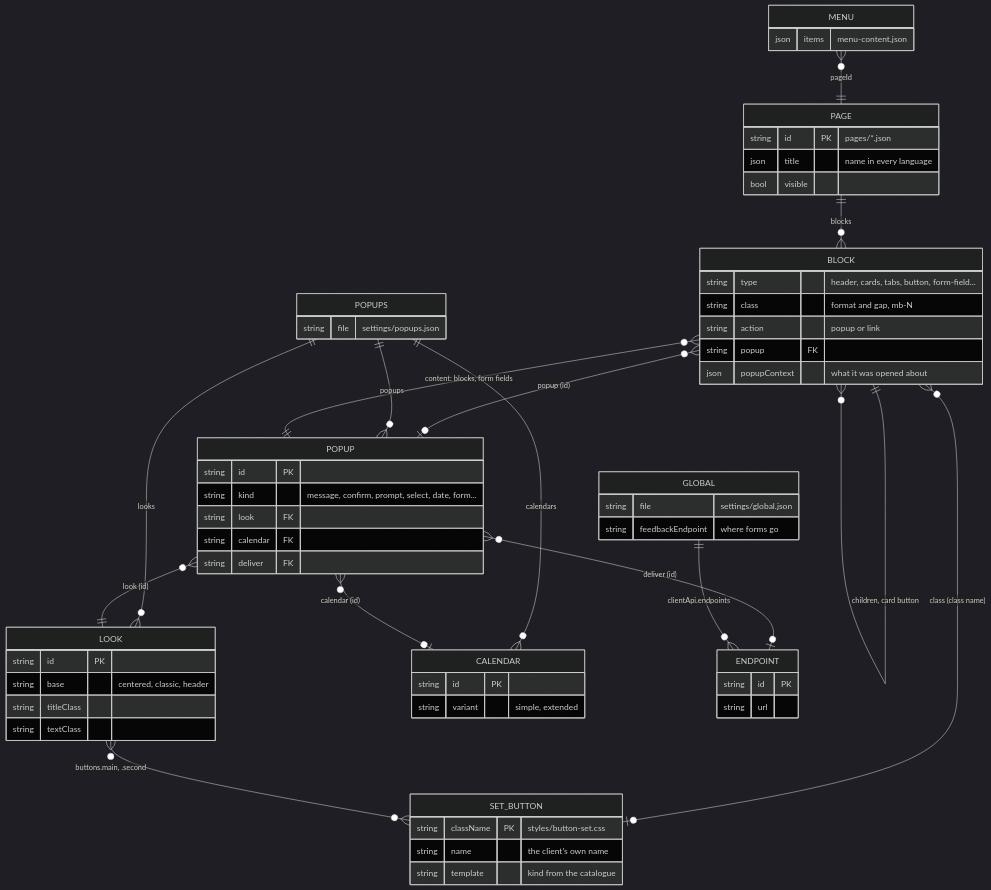
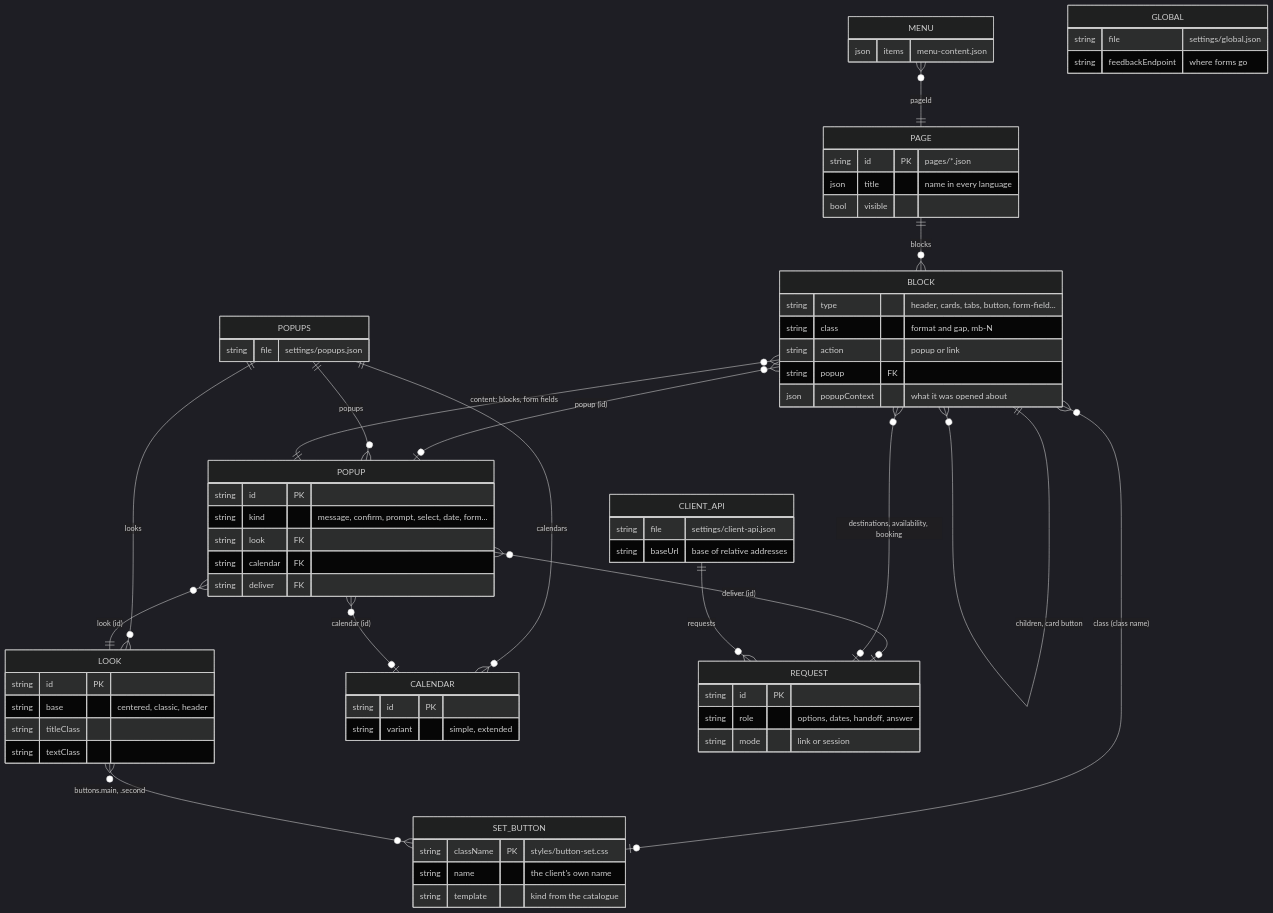
The diagram in docs/architecture/data.en.mmd (garevna/sve-studio), drawn with Mermaid (dark theme) before and after one commit. The commit also changed 67 other files, not shown here.

First line of the commit message:
Docking block: @sve/dock, «Підключення API», hotel search, hosted demo client

```diff
--- a/docs/architecture/data.en.mmd
+++ b/docs/architecture/data.en.mmd
@@ -1,64 +1,70 @@
 erDiagram
   PAGE ||--o{ BLOCK : "blocks"
   BLOCK ||--o{ BLOCK : "children, card button"
   MENU }o--|| PAGE : "pageId"
   BLOCK }o--o| POPUP : "popup (id)"
   BLOCK }o--o| SET_BUTTON : "class (class name)"
   POPUPS ||--o{ POPUP : "popups"
   POPUPS ||--o{ LOOK : "looks"
   POPUPS ||--o{ CALENDAR : "calendars"
   POPUP }o--|| LOOK : "look (id)"
   POPUP }o--o| CALENDAR : "calendar (id)"
   POPUP ||--o{ BLOCK : "content: blocks, form fields"
-  POPUP }o--o| ENDPOINT : "deliver (id)"
+  POPUP }o--o| REQUEST : "deliver (id)"
+  BLOCK }o--o| REQUEST : "destinations, availability, booking"
   LOOK }o--o{ SET_BUTTON : "buttons.main, .second"
-  GLOBAL ||--o{ ENDPOINT : "clientApi.endpoints"
+  CLIENT_API ||--o{ REQUEST : "requests"
 
   PAGE {
     string id PK "pages/*.json"
     json title "name in every language"
     bool visible
   }
   BLOCK {
     string type "header, cards, tabs, button, form-field..."
     string class "format and gap, mb-N"
     string action "popup or link"
     string popup FK
     json popupContext "what it was opened about"
   }
   MENU {
     json items "menu-content.json"
   }
   POPUPS {
     string file "settings/popups.json"
   }
   POPUP {
     string id PK
     string kind "message, confirm, prompt, select, date, form..."
     string look FK
     string calendar FK
     string deliver FK
   }
   LOOK {
     string id PK
     string base "centered, classic, header"
     string titleClass
     string textClass
   }
   CALENDAR {
     string id PK
     string variant "simple, extended"
   }
   SET_BUTTON {
     string className PK "styles/button-set.css"
     string name "the client's own name"
     string template "kind from the catalogue"
   }
   GLOBAL {
     string file "settings/global.json"
     string feedbackEndpoint "where forms go"
   }
-  ENDPOINT {
+  CLIENT_API {
+    string file "settings/client-api.json"
+    string baseUrl "base of relative addresses"
+  }
+  REQUEST {
     string id PK
-    string url
+    string role "options, dates, handoff, answer"
+    string mode "link or session"
   }
```
